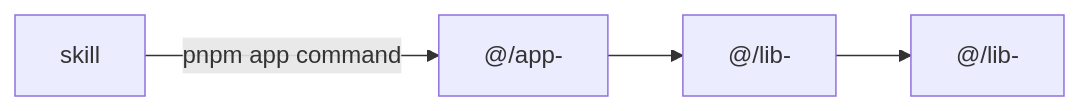
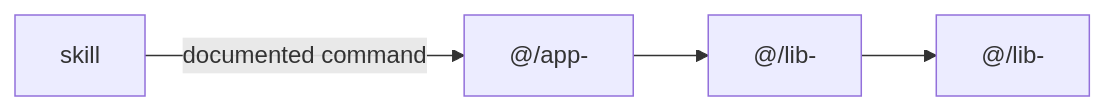
The first of 2 diagrams in plugins/code-ts/skills/code-architecture/SKILL.md (manro/agent-kit-plugins), drawn with Mermaid before and after one commit. The commit also changed other lines of this file and 21 other files, not shown here.

````diff
--- a/plugins/code-ts/skills/code-architecture/SKILL.md
+++ b/plugins/code-ts/skills/code-architecture/SKILL.md
@@ -86,6 +85,6 @@
 ```mermaid
 flowchart LR
-  skill["skill"] -->|"pnpm app command"| app["@<scope>/app-<folder>"]
+  skill["skill"] -->|"documented command"| app["@<scope>/app-<folder>"]
   app --> lib["@<scope>/lib-<folder>"]
   lib --> other["@<scope>/lib-<folder>"]
 ```
````
